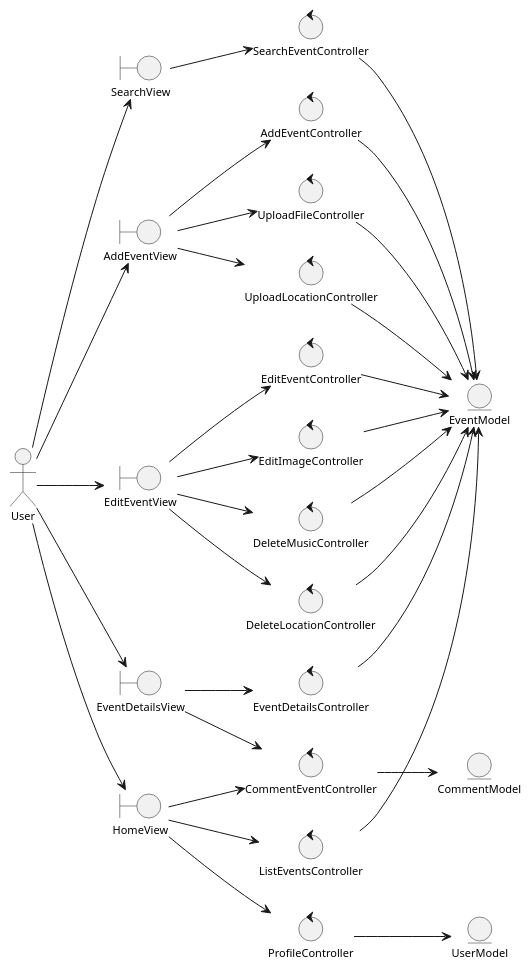
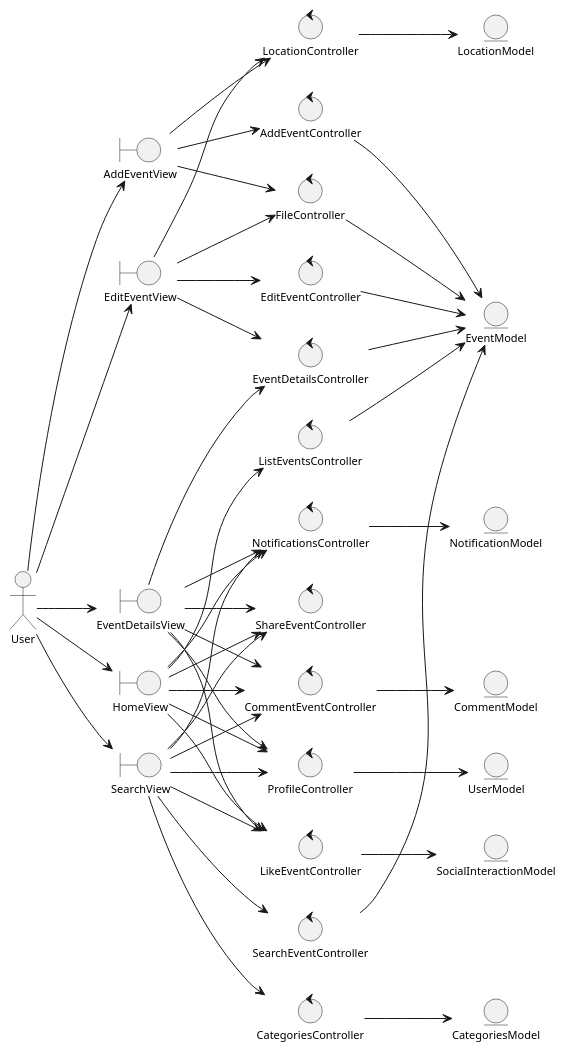
The diagram in Análisis/Clases de Análisis/analysisClassDiagramEventsManagements.plantuml (valeraruggierotesisucv/tesis-frameworks-mobile-diagrams), drawn with PlantUML before and after one commit. The commit also changed 14 other files, not shown here.

Commit message:
Update use case diagrams: renumber and reorganize use case identifiers across event management, social interactions, and user management packages

```diff
--- a/Análisis/Clases de Análisis/analysisClassDiagramEventsManagements.plantuml
+++ b/Análisis/Clases de Análisis/analysisClassDiagramEventsManagements.plantuml
@@ -1,65 +1,88 @@
 @startuml analysisClassDiagramEventsManagements
 skinparam style strictuml
 left to right direction
 skinparam defaultTextAlignment center
 skinparam defaultFontSize 11
 
 actor "User" as user
 
 entity "UserModel" as userModel
 entity "EventModel" as eventModel
 entity "CommentModel" as commentModel
+entity "NotificationModel" as notificationModel
+entity "CategoriesModel" as categoriesModel
+entity "SocialInteractionModel" as socialInteractionModel
+entity "LocationModel" as locationModel
 
 boundary "AddEventView" as addEventView
 boundary "EditEventView" as editEventView
 boundary "EventDetailsView" as eventDetailsView
 boundary "SearchView" as searchView
 boundary "HomeView" as homeView
 
+
+control "CategoriesController" as categoriesController
+control "LikeEventController" as likeEventController
+control "NotificationsController" as notificationController
+control "ShareEventController" as shareEventController
+control "CommentEventController" as commentEventController
+control "ProfileController" as profileController
+control "FileController" as fileController
 control "AddEventController" as addEventController
-control "UploadFileController" as uploadFileController
-control "UploadLocationController" as uploadLocationController
+control "LocationController" as locationController
 control "EditEventController" as editEventController
-control "EditImageController" as editImageController
-control "DeleteMusicController" as deleteMusicController
-control "DeleteLocationController" as deleteLocationController
 control "EventDetailsController" as eventDetailsController
 control "SearchEventController" as searchEventController
 control "ListEventsController" as listEventsController
 control "CommentEventController" as commentEventController
 control "ProfileController" as profileController
+control "EventDetailsController" as eventDetailsController
 
 user --> addEventView
 user --> editEventView
 user --> eventDetailsView
 user --> searchView
 user --> homeView
 
 addEventView --> addEventController
-addEventView --> uploadFileController
-addEventView --> uploadLocationController
+addEventView --> locationController
+addEventView --> fileController
 editEventView --> editEventController
-editEventView --> editImageController
-editEventView --> deleteMusicController
-editEventView --> deleteLocationController
+editEventView --> eventDetailsController
+editEventView --> fileController
+editEventView --> locationController
+
 eventDetailsView --> eventDetailsController
 eventDetailsView --> commentEventController
+eventDetailsView --> likeEventController
+eventDetailsView --> profileController
+eventDetailsView --> shareEventController
+eventDetailsView --> notificationController
 searchView --> searchEventController
+searchView --> categoriesController
+searchView --> likeEventController
+searchView --> notificationController
+searchView --> shareEventController
+searchView --> profileController
+searchView --> commentEventController
 homeView --> listEventsController
 homeView --> profileController
 homeView --> commentEventController
+homeView --> likeEventController
+homeView --> notificationController
+homeView --> shareEventController
 
 addEventController --> eventModel
-uploadFileController --> eventModel
-uploadLocationController --> eventModel
-editImageController --> eventModel
-deleteMusicController --> eventModel
-deleteLocationController --> eventModel
+fileController --> eventModel
+locationController --> locationModel
 editEventController --> eventModel
 eventDetailsController --> eventModel
 searchEventController --> eventModel
 listEventsController --> eventModel
 commentEventController --> commentModel
 profileController --> userModel
+categoriesController --> categoriesModel
+likeEventController --> socialInteractionModel
+notificationController --> notificationModel
 
 @enduml
```
